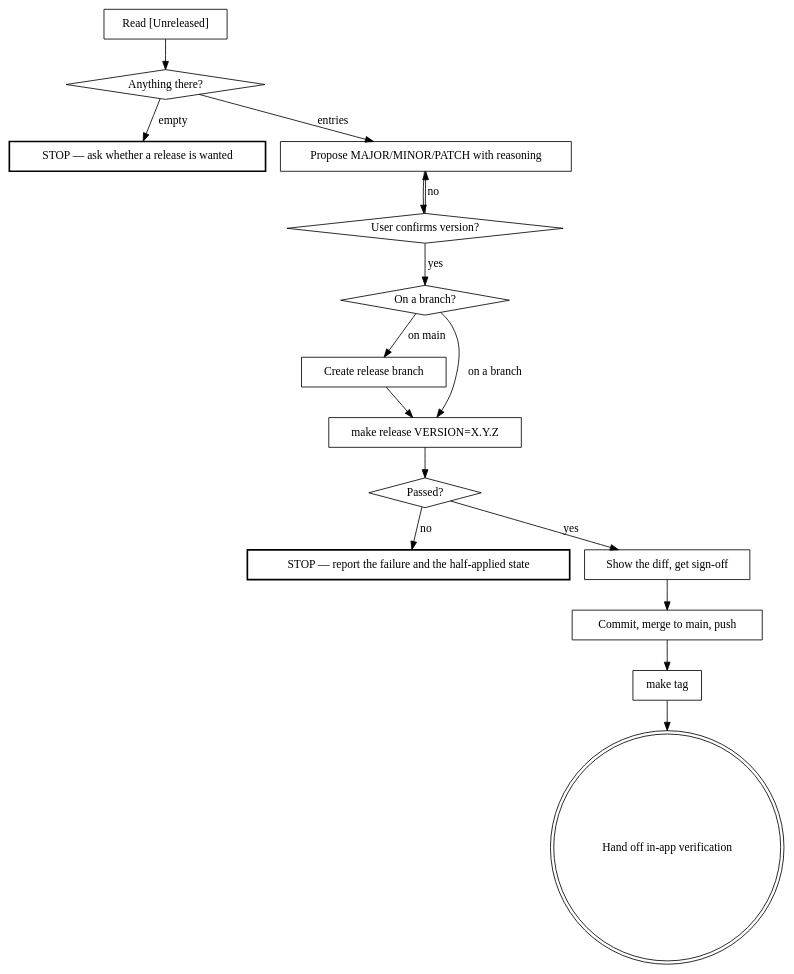
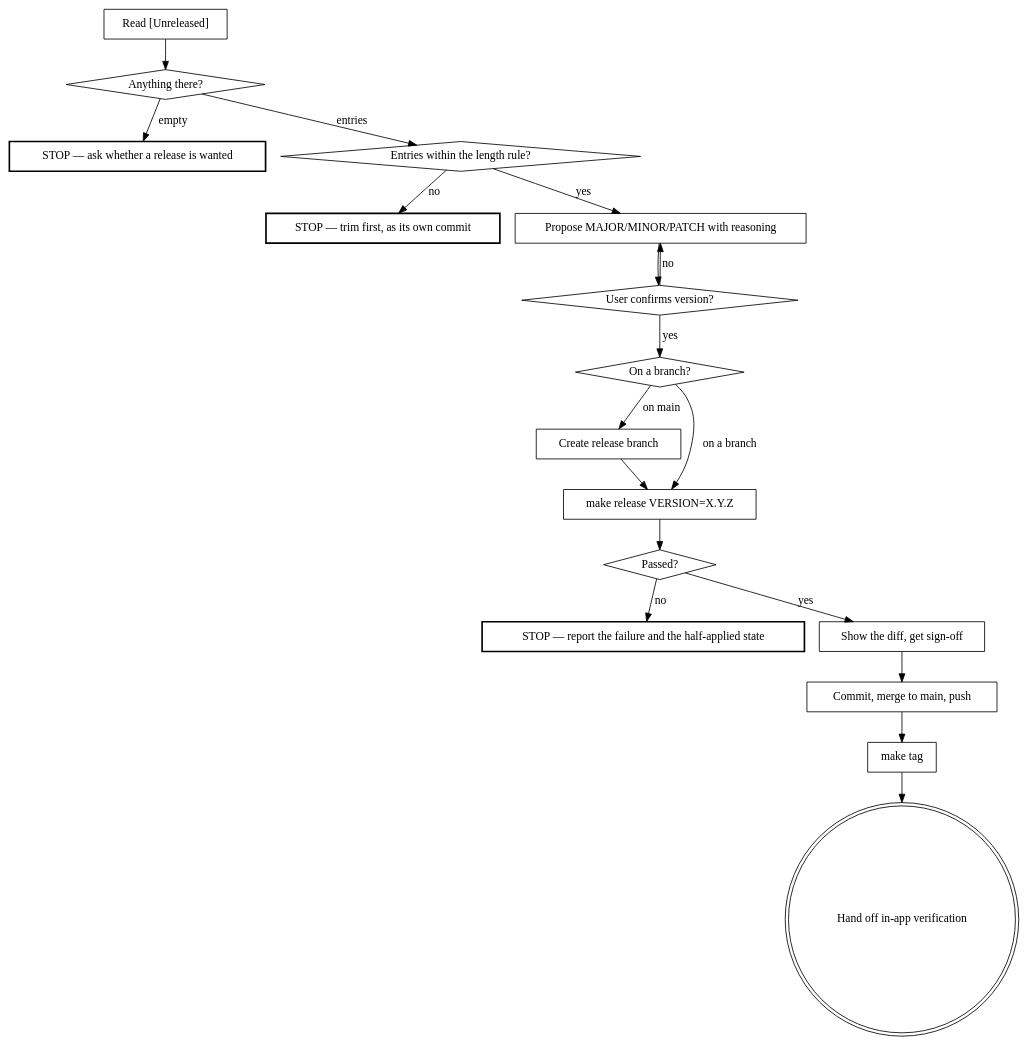
Before and after one commit to Ovid/paad: the diagram in .claude/skills/release/SKILL.md, drawn with Graphviz. The commit also changed other lines of this file and 2 other files, not shown here.

First line of the commit message:
docs: cap changelog entry length, trim 1.30.0, gate it in /release

````diff
--- a/.claude/skills/release/SKILL.md
+++ b/.claude/skills/release/SKILL.md
@@ -22,34 +22,38 @@
 ```dot
 digraph release {
     "Read [Unreleased]" [shape=box];
     "Anything there?" [shape=diamond];
     "STOP — ask whether a release is wanted" [shape=box, style=bold];
+    "Entries within the length rule?" [shape=diamond];
+    "STOP — trim first, as its own commit" [shape=box, style=bold];
     "Propose MAJOR/MINOR/PATCH with reasoning" [shape=box];
     "User confirms version?" [shape=diamond];
     "On a branch?" [shape=diamond];
     "Create release branch" [shape=box];
     "make release VERSION=X.Y.Z" [shape=box];
     "Passed?" [shape=diamond];
     "STOP — report the failure and the half-applied state" [shape=box, style=bold];
     "Show the diff, get sign-off" [shape=box];
     "Commit, merge to main, push" [shape=box];
     "make tag" [shape=box];
     "Hand off in-app verification" [shape=doublecircle];
 
     "Read [Unreleased]" -> "Anything there?";
     "Anything there?" -> "STOP — ask whether a release is wanted" [label="empty"];
-    "Anything there?" -> "Propose MAJOR/MINOR/PATCH with reasoning" [label="entries"];
+    "Anything there?" -> "Entries within the length rule?" [label="entries"];
+    "Entries within the length rule?" -> "STOP — trim first, as its own commit" [label="no"];
+    "Entries within the length rule?" -> "Propose MAJOR/MINOR/PATCH with reasoning" [label="yes"];
     "Propose MAJOR/MINOR/PATCH with reasoning" -> "User confirms version?";
     "User confirms version?" -> "Propose MAJOR/MINOR/PATCH with reasoning" [label="no"];
     "User confirms version?" -> "On a branch?" [label="yes"];
     "On a branch?" -> "Create release branch" [label="on main"];
     "On a branch?" -> "make release VERSION=X.Y.Z" [label="on a branch"];
     "Create release branch" -> "make release VERSION=X.Y.Z";
     "make release VERSION=X.Y.Z" -> "Passed?";
     "Passed?" -> "STOP — report the failure and the half-applied state" [label="no"];
     "Passed?" -> "Show the diff, get sign-off" [label="yes"];
     "Show the diff, get sign-off" -> "Commit, merge to main, push";
     "Commit, merge to main, push" -> "make tag";
     "make tag" -> "Hand off in-app verification";
 }
 ```
````
